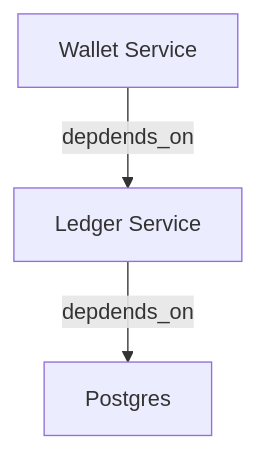
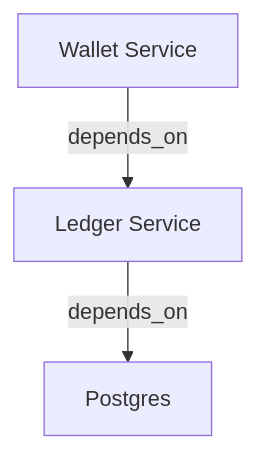
One commit to studio-asd/pkg changed the diagram in srun/README.md. Above: the diagram before and after it, drawn with Mermaid. The commit also changed other lines of this file and 17 other files, not shown here.

````diff
--- a/srun/README.md
+++ b/srun/README.md
@@ -175,5 +173,5 @@
 ```mermaid
 flowchart TD
-    ls[Ledger Service] --depdends_on--> pg[Postgres]
-    ws[Wallet Service] --depdends_on--> ls
+    ls[Ledger Service] --depends_on--> pg[Postgres]
+    ws[Wallet Service] --depends_on--> ls
 ```
````
